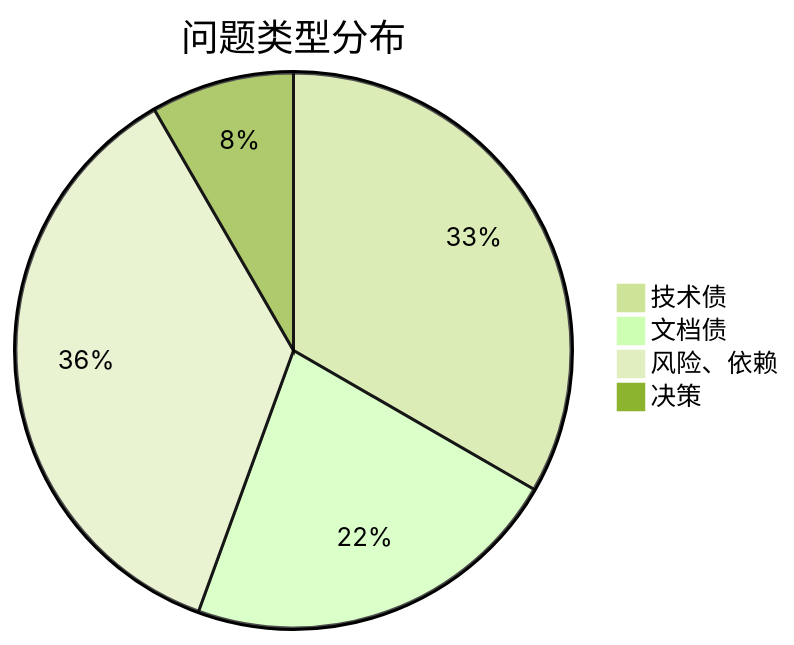
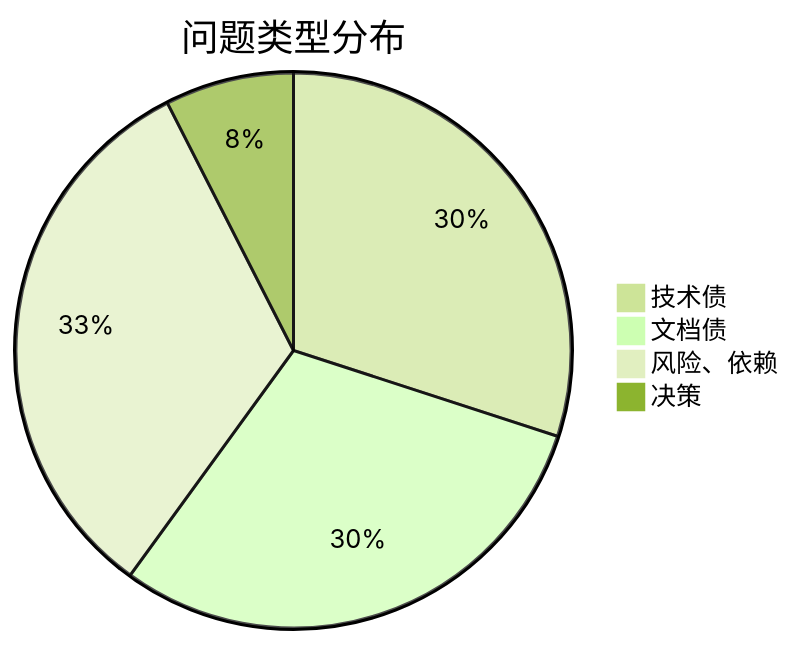
The fourth of 8 diagrams in .sddu/ROADMAP.md (THZSummer/sddu), drawn with Mermaid (forest theme) before and after one commit. The commit also changed other lines of this file, not shown here.

First line of the commit message:
docs(roadmap): 规划缺陷版本 v5.2.1（登记 4 条模板口径缺陷）

````diff
--- a/.sddu/ROADMAP.md
+++ b/.sddu/ROADMAP.md
@@ -143,7 +144,7 @@
 ```mermaid
 pie title 问题类型分布
     "技术债" : 12
-    "文档债" : 8
+    "文档债" : 12
     "风险、依赖" : 13
     "决策" : 3
 ```
````
